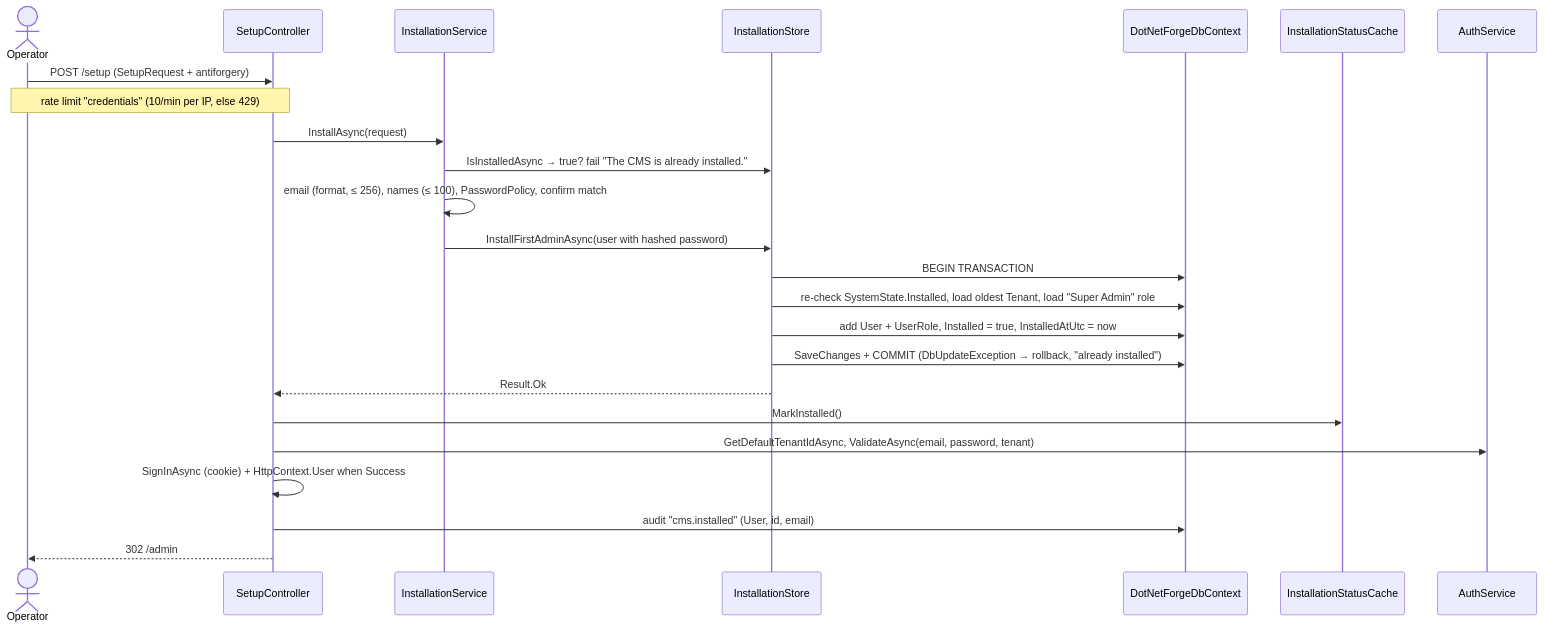
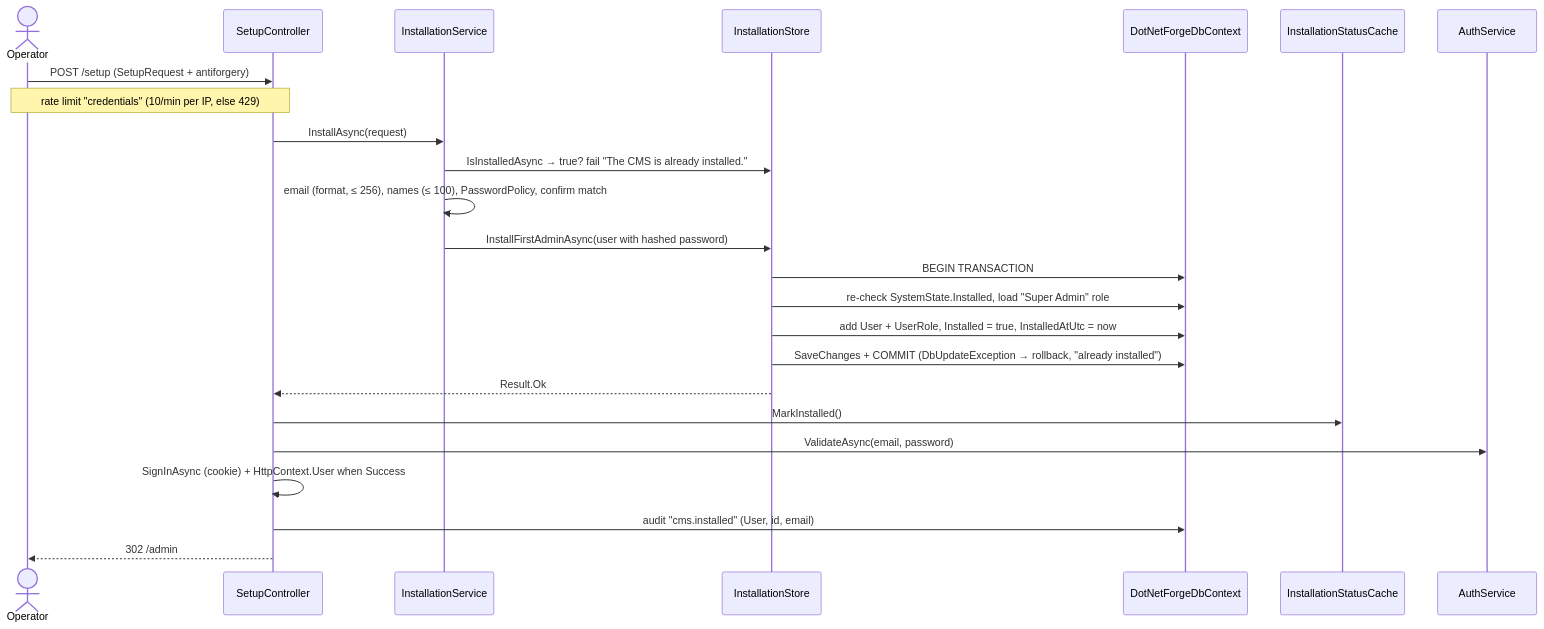
Before and after one commit to Albadit/DotNetForge: the second of 2 diagrams in .docs/features/installation.md, drawn with Mermaid. The commit also changed other lines of this file and 306 other files, not shown here.

````diff
--- a/.docs/features/installation.md
+++ b/.docs/features/installation.md
@@ -43,26 +43,26 @@
 ```mermaid
 sequenceDiagram
     actor Op as Operator
     participant SC as SetupController
     participant IS as InstallationService
     participant St as InstallationStore
     participant DB as DotNetForgeDbContext
     participant Cache as InstallationStatusCache
     participant AS as AuthService
     Op->>SC: POST /setup (SetupRequest + antiforgery)
     Note over Op,SC: rate limit "credentials" (10/min per IP, else 429)
     SC->>IS: InstallAsync(request)
     IS->>St: IsInstalledAsync → true? fail "The CMS is already installed."
     IS->>IS: email (format, ≤ 256), names (≤ 100), PasswordPolicy, confirm match
     IS->>St: InstallFirstAdminAsync(user with hashed password)
     St->>DB: BEGIN TRANSACTION
-    St->>DB: re-check SystemState.Installed, load oldest Tenant, load "Super Admin" role
+    St->>DB: re-check SystemState.Installed, load "Super Admin" role
     St->>DB: add User + UserRole, Installed = true, InstalledAtUtc = now
     St->>DB: SaveChanges + COMMIT (DbUpdateException → rollback, "already installed")
     St-->>SC: Result.Ok
     SC->>Cache: MarkInstalled()
-    SC->>AS: GetDefaultTenantIdAsync, ValidateAsync(email, password, tenant)
+    SC->>AS: ValidateAsync(email, password)
     SC->>SC: SignInAsync (cookie) + HttpContext.User when Success
     SC->>DB: audit "cms.installed" (User, id, email)
     SC-->>Op: 302 /admin
 ```
````
